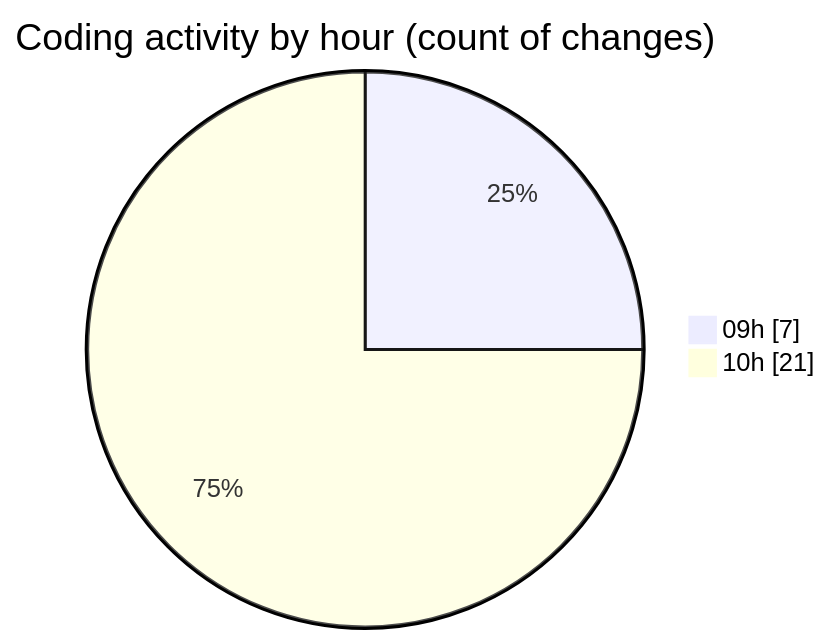
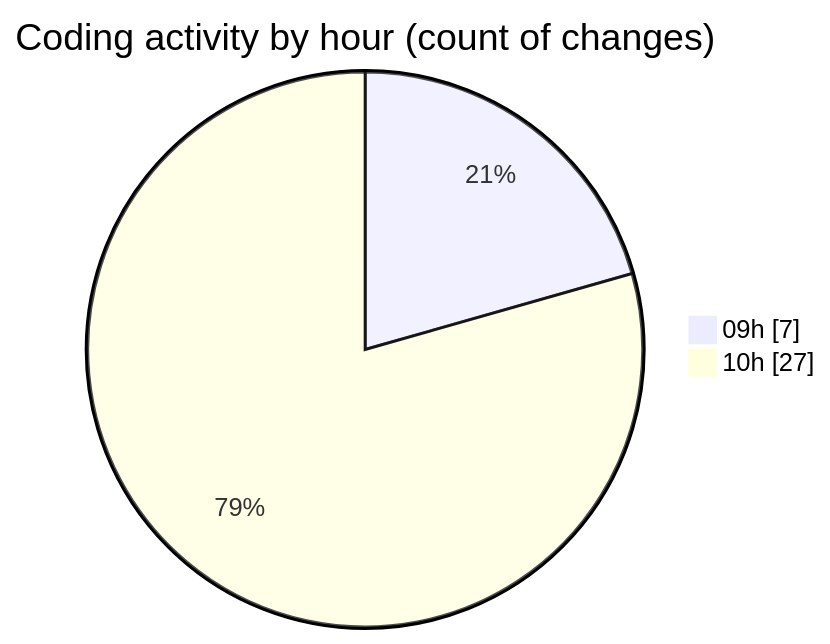
Before and after one commit to momahboobian/code-tracking: the second of 2 diagrams in 2025-06-16/cda/README.md, drawn with Mermaid. The commit also changed other lines of this file and 1 other file, not shown here.

````diff
--- a/2025-06-16/cda/README.md
+++ b/2025-06-16/cda/README.md
@@ -35,6 +35,6 @@
 ```mermaid
 pie showData
 title Coding activity by hour (count of changes)
 "09h" : 7
-"10h" : 21
+"10h" : 27
 ```
````
